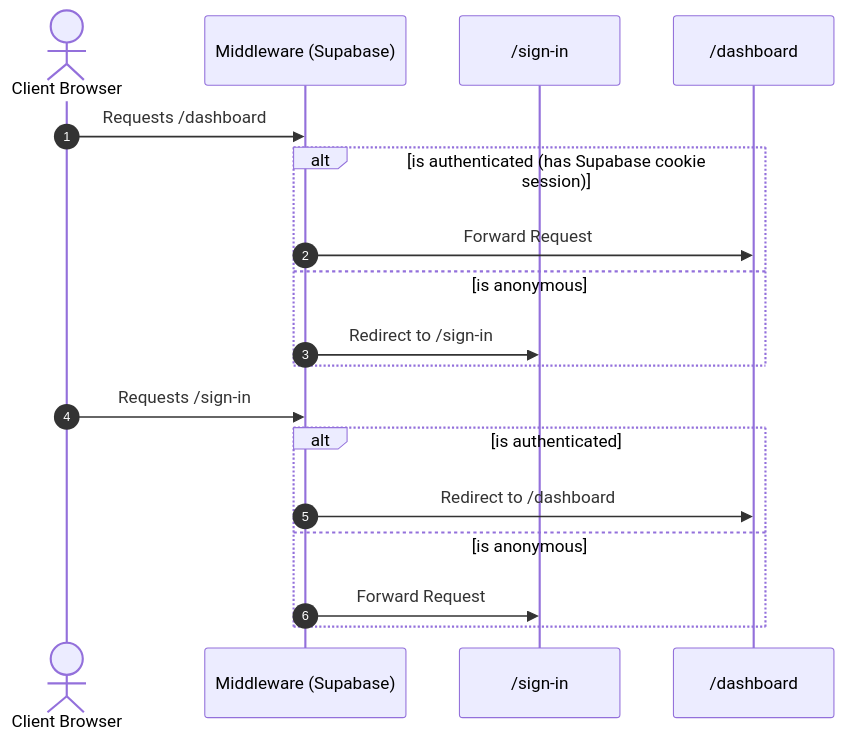
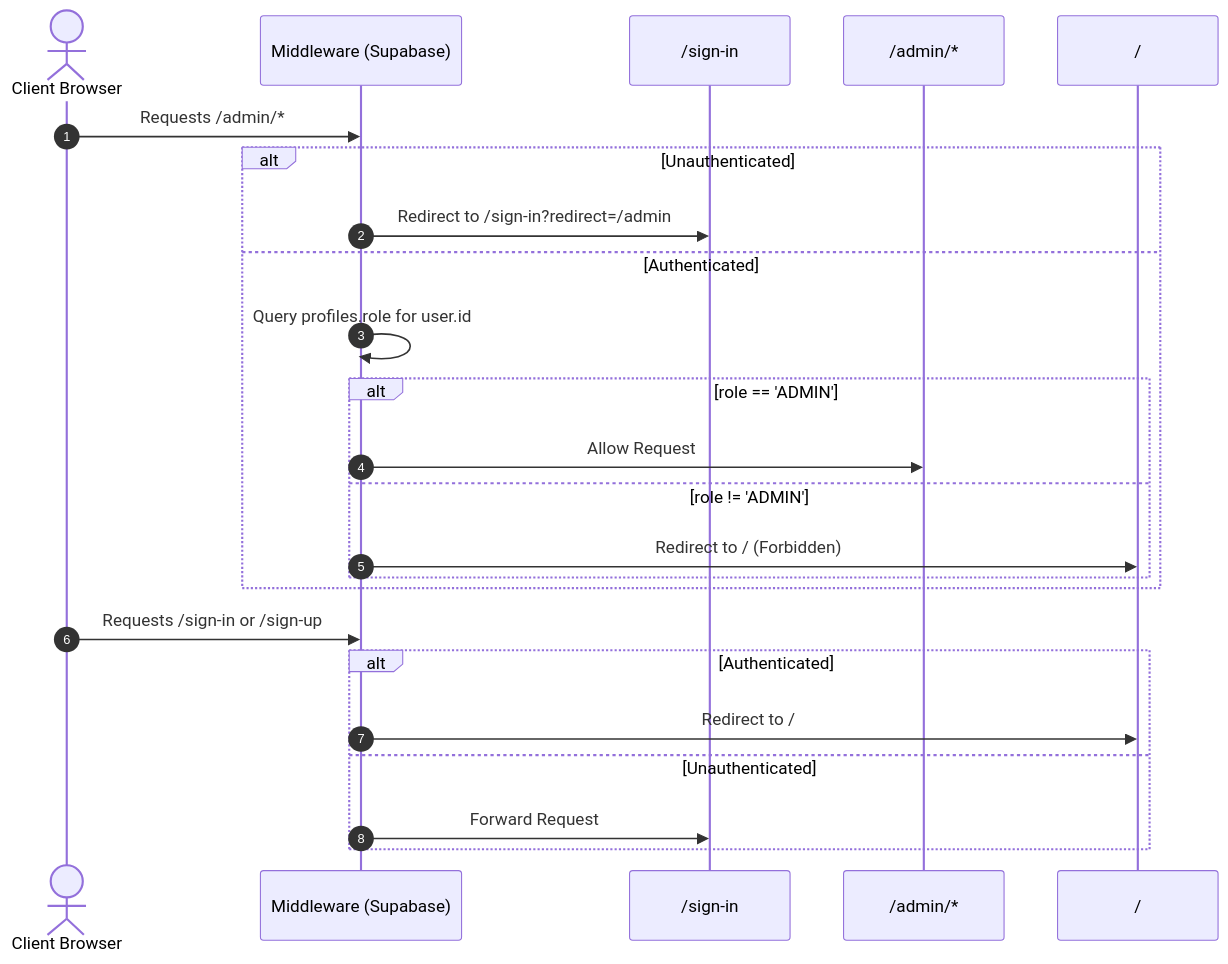
Before and after one commit to SurinderSing/PORTFOLIO-NEXT: the first of 2 diagrams in docs/APP_FLOW.md, drawn with Mermaid. The commit also changed other lines of this file and 50 other files, not shown here.

Commit message:
feat: implement admin dashboard with full CMS capabilities for project, experience, and content management

````diff
--- a/docs/APP_FLOW.md
+++ b/docs/APP_FLOW.md
@@ -40,22 +52,28 @@
 ```mermaid
 sequenceDiagram
     autonumber
     actor User as Client Browser
     participant MW as Middleware (Supabase)
     participant Signin as /sign-in
-    participant Dash as /dashboard
+    participant Admin as /admin/*
+    participant Home as /
 
-    User->>MW: Requests /dashboard
-    alt is authenticated (has Supabase cookie session)
-        MW->>Dash: Forward Request
-    else is anonymous
-        MW->>Signin: Redirect to /sign-in
+    User->>MW: Requests /admin/*
+    alt Unauthenticated
+        MW->>Signin: Redirect to /sign-in?redirect=/admin
+    else Authenticated
+        MW->>MW: Query profiles.role for user.id
+        alt role == 'ADMIN'
+            MW->>Admin: Allow Request
+        else role != 'ADMIN'
+            MW->>Home: Redirect to / (Forbidden)
+        end
     end
 
-    User->>MW: Requests /sign-in
-    alt is authenticated
-        MW->>Dash: Redirect to /dashboard
-    else is anonymous
+    User->>MW: Requests /sign-in or /sign-up
+    alt Authenticated
+        MW->>Home: Redirect to /
+    else Unauthenticated
         MW->>Signin: Forward Request
     end
 ```
````
